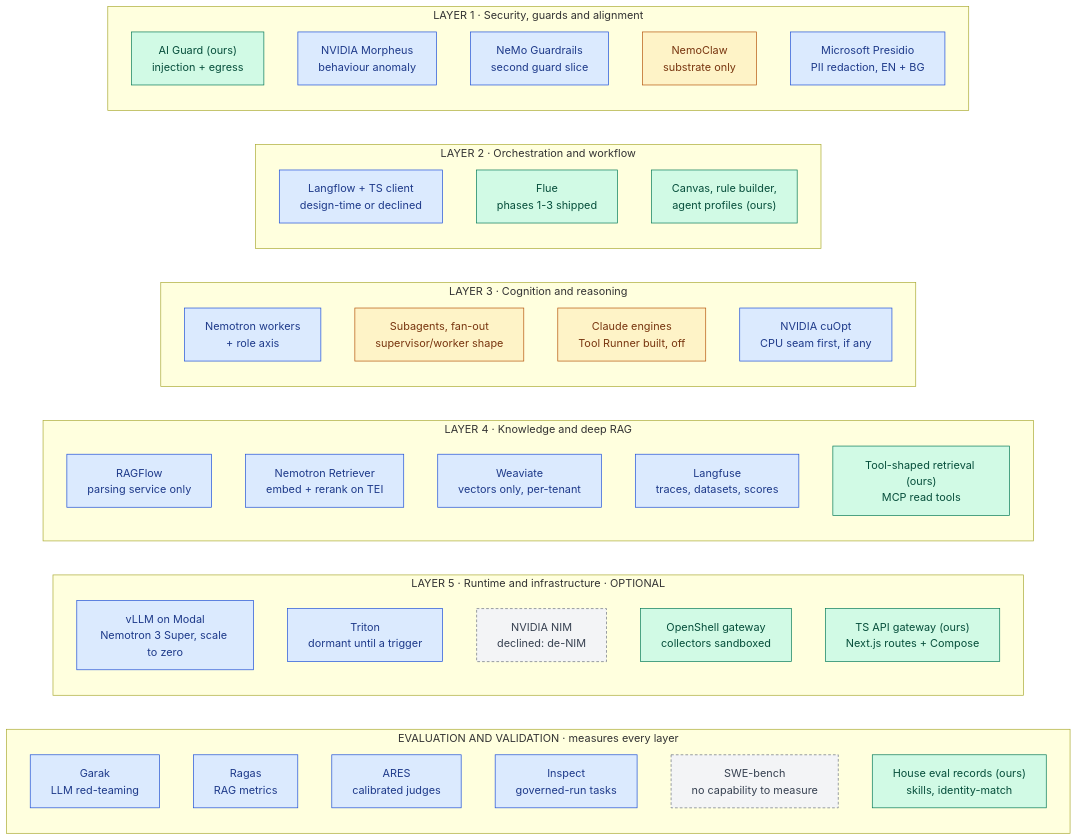
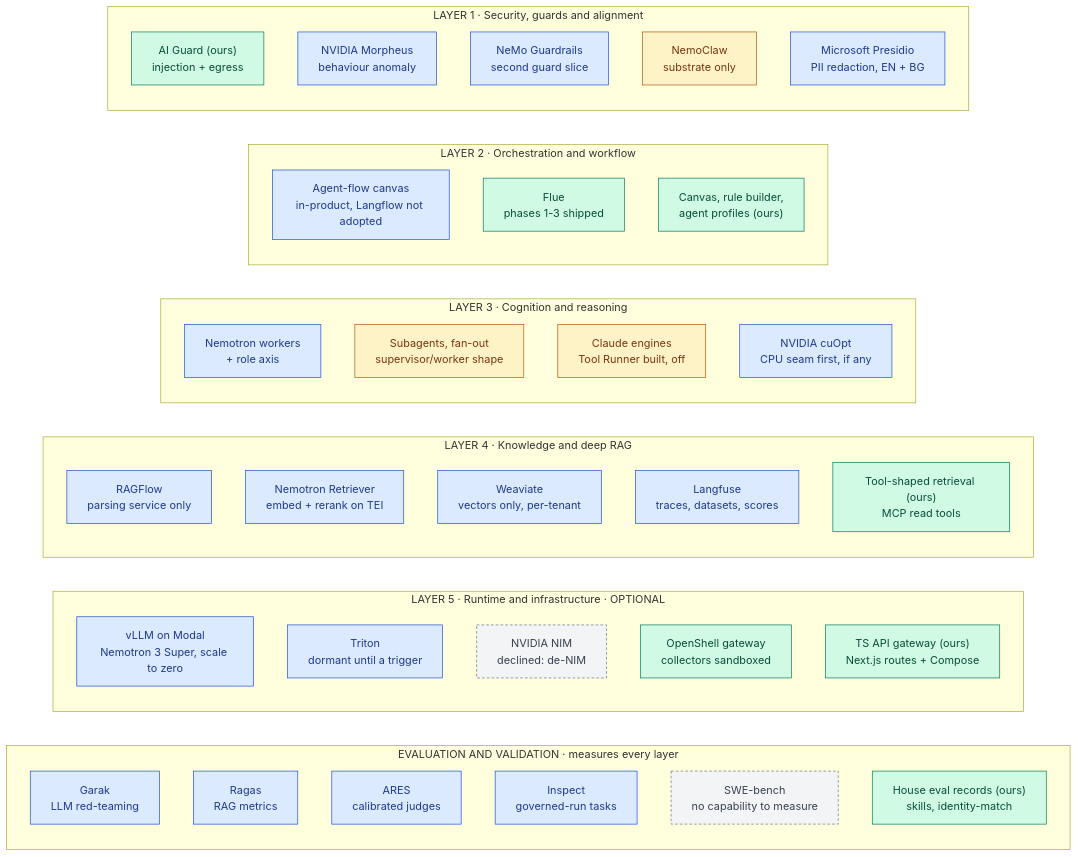
The first of 5 diagrams in docs/ai-architecture-roadmap.md (RodnaPamet/inflect-compliance), drawn with Mermaid before and after one commit. The commit also changed other lines of this file and 1 other file, not shown here.

First line of the commit message:
docs(ai-architecture): plan the agent-flow canvas in the product (D-L2-1 decided)

````diff
--- a/docs/ai-architecture-roadmap.md
+++ b/docs/ai-architecture-roadmap.md
@@ -43,59 +43,59 @@
 ```mermaid
 flowchart LR
   subgraph EV["EVALUATION AND VALIDATION · measures every layer"]
     direction TB
     GA["Garak<br/>LLM red-teaming"]:::todo
     RA["Ragas<br/>RAG metrics"]:::todo
     AR["ARES<br/>calibrated judges"]:::todo
     IS["Inspect<br/>governed-run tasks"]:::todo
     SB["SWE-bench<br/>no capability to measure"]:::declined
     HR["House eval records (ours)<br/>skills, identity-match"]:::done
   end
 
   subgraph L5["LAYER 5 · Runtime and infrastructure · OPTIONAL"]
     direction TB
     MD["vLLM on Modal<br/>Nemotron 3 Super, scale to zero"]:::todo
     TT["Triton<br/>dormant until a trigger"]:::todo
     NIM["NVIDIA NIM<br/>declined: de-NIM"]:::declined
     OS["OpenShell gateway<br/>collectors sandboxed"]:::done
     GW["TS API gateway (ours)<br/>Next.js routes + Compose"]:::done
   end
 
   subgraph L4["LAYER 4 · Knowledge and deep RAG"]
     direction TB
     RF["RAGFlow<br/>parsing service only"]:::todo
     RT["Nemotron Retriever<br/>embed + rerank on TEI"]:::todo
     WV["Weaviate<br/>vectors only, per-tenant"]:::todo
     LU["Langfuse<br/>traces, datasets, scores"]:::todo
     TR["Tool-shaped retrieval (ours)<br/>MCP read tools"]:::done
   end
 
   subgraph L3["LAYER 3 · Cognition and reasoning"]
     direction TB
     NR["Nemotron workers<br/>+ role axis"]:::todo
     SW["Subagents, fan-out<br/>supervisor/worker shape"]:::partial
     CL["Claude engines<br/>Tool Runner built, off"]:::partial
     CO["NVIDIA cuOpt<br/>CPU seam first, if any"]:::todo
   end
 
   subgraph L2["LAYER 2 · Orchestration and workflow"]
     direction TB
-    LF["Langflow + TS client<br/>design-time or declined"]:::todo
+    LF["Agent-flow canvas<br/>in-product, Langflow not adopted"]:::todo
     FL["Flue<br/>phases 1-3 shipped"]:::done
     CV["Canvas, rule builder,<br/>agent profiles (ours)"]:::done
   end
 
   subgraph L1["LAYER 1 · Security, guards and alignment"]
     direction TB
     AG["AI Guard (ours)<br/>injection + egress"]:::done
     MO["NVIDIA Morpheus<br/>behaviour anomaly"]:::todo
     NG["NeMo Guardrails<br/>second guard slice"]:::todo
     NC["NemoClaw<br/>substrate only"]:::partial
     PR["Microsoft Presidio<br/>PII redaction, EN + BG"]:::todo
   end
 
   classDef done fill:#d1fae5,stroke:#047857,color:#064e3b
   classDef partial fill:#fef3c7,stroke:#b45309,color:#78350f
   classDef todo fill:#dbeafe,stroke:#1d4ed8,color:#1e3a8a
   classDef declined fill:#f3f4f6,stroke:#6b7280,color:#374151,stroke-dasharray:4 3
 ```
````
